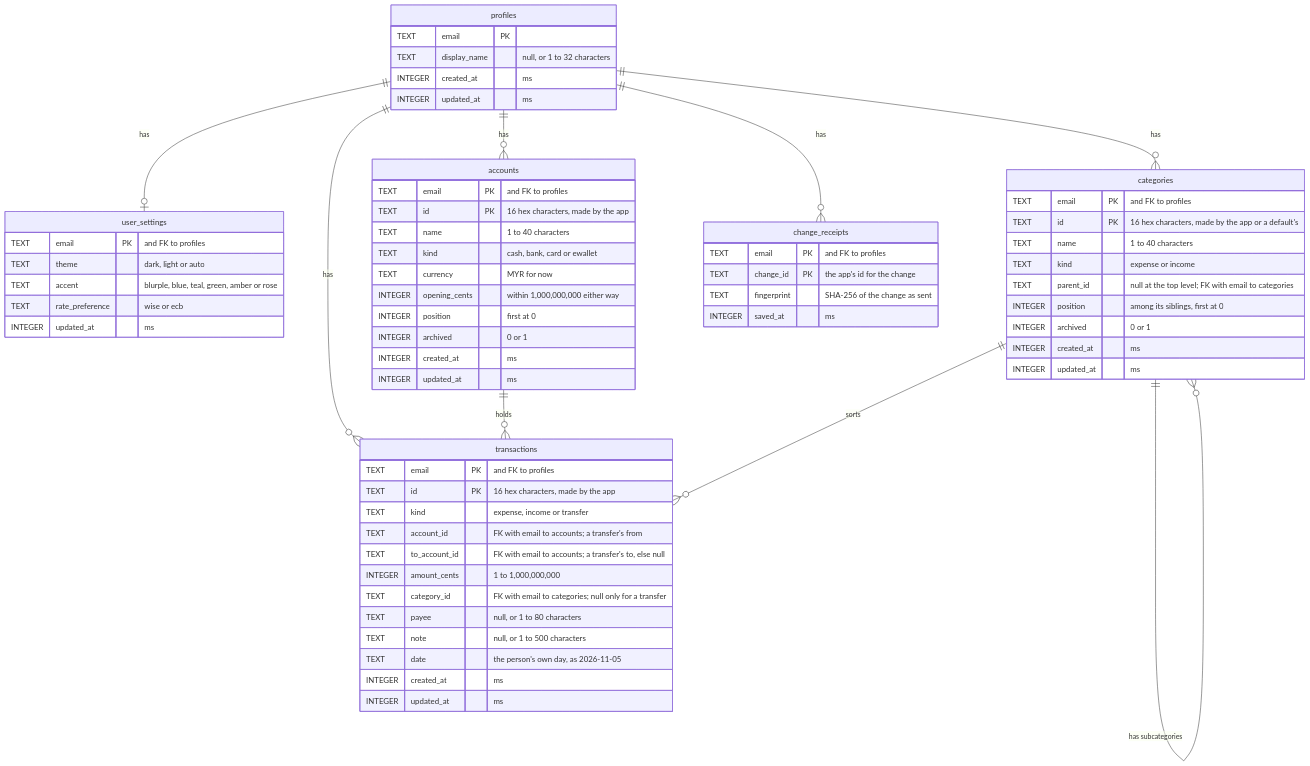
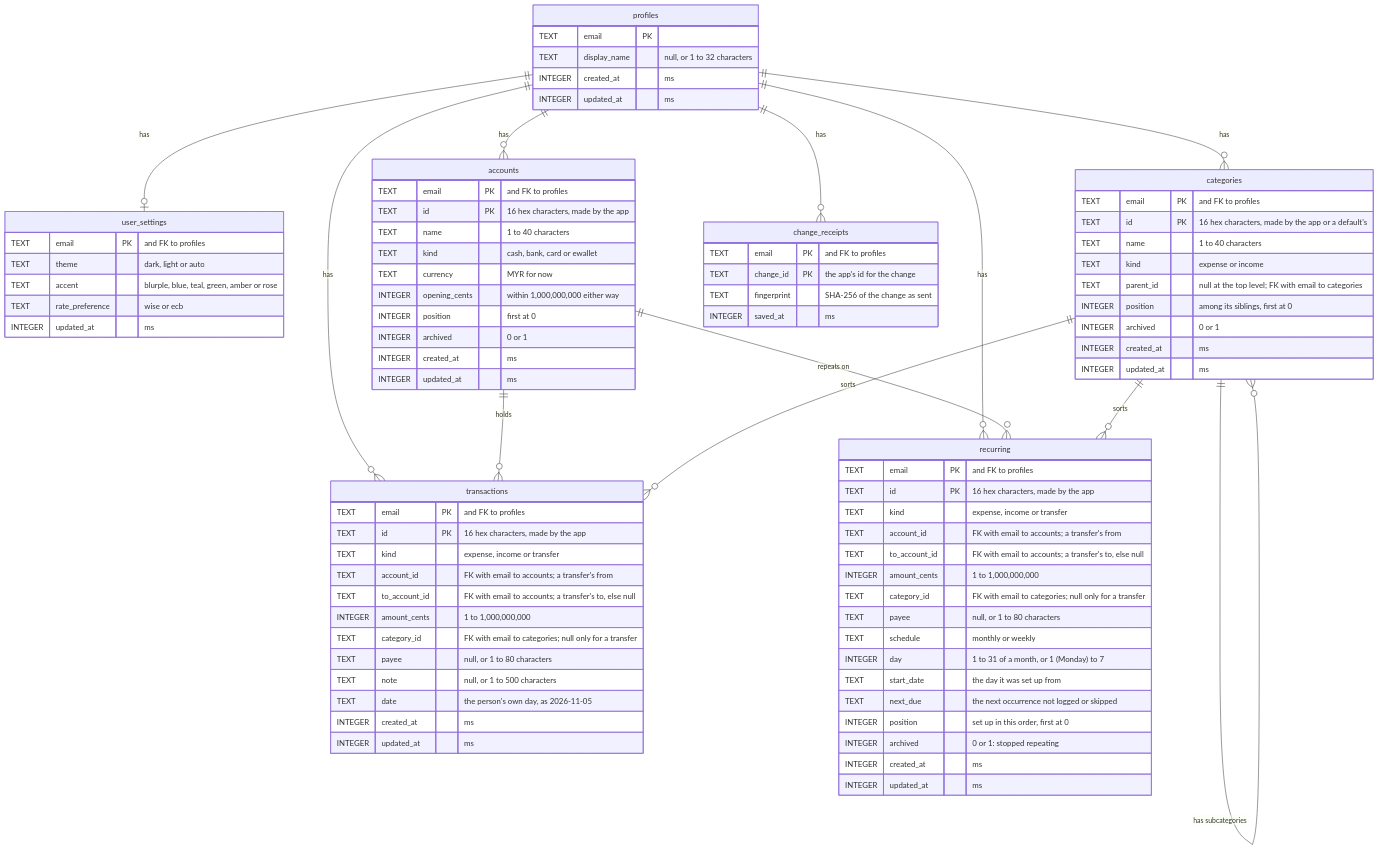
One commit to BlueSky0322/mahnee changed the diagram in docs/erd.md. Above: the diagram before and after it, drawn with Mermaid. The commit also changed other lines of this file and 23 other files, not shown here.

First line of the commit message:
feat(recurring): repeating bills on Home and what to expect at month end

```diff
--- a/docs/erd.md
+++ b/docs/erd.md
@@ -14,6 +14,9 @@
   accounts ||--o{ transactions : "holds"
   categories ||--o{ transactions : "sorts"
   profiles ||--o{ change_receipts : "has"
+  profiles ||--o{ recurring : "has"
+  accounts ||--o{ recurring : "repeats on"
+  categories ||--o{ recurring : "sorts"
   profiles {
     TEXT email PK
     TEXT display_name "null, or 1 to 32 characters"
@@ -64,6 +67,24 @@
     INTEGER created_at "ms"
     INTEGER updated_at "ms"
   }
+  recurring {
+    TEXT email PK "and FK to profiles"
+    TEXT id PK "16 hex characters, made by the app"
+    TEXT kind "expense, income or transfer"
+    TEXT account_id "FK with email to accounts; a transfer's from"
+    TEXT to_account_id "FK with email to accounts; a transfer's to, else null"
+    INTEGER amount_cents "1 to 1,000,000,000"
+    TEXT category_id "FK with email to categories; null only for a transfer"
+    TEXT payee "null, or 1 to 80 characters"
+    TEXT schedule "monthly or weekly"
+    INTEGER day "1 to 31 of a month, or 1 (Monday) to 7"
+    TEXT start_date "the day it was set up from"
+    TEXT next_due "the next occurrence not logged or skipped"
+    INTEGER position "set up in this order, first at 0"
+    INTEGER archived "0 or 1: stopped repeating"
+    INTEGER created_at "ms"
+    INTEGER updated_at "ms"
+  }
   change_receipts {
     TEXT email PK "and FK to profiles"
     TEXT change_id PK "the app's id for the change"
```
